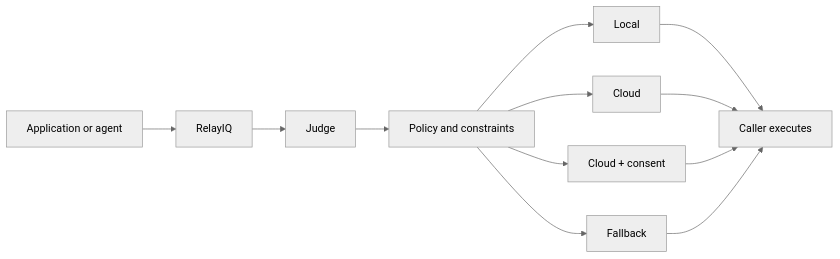
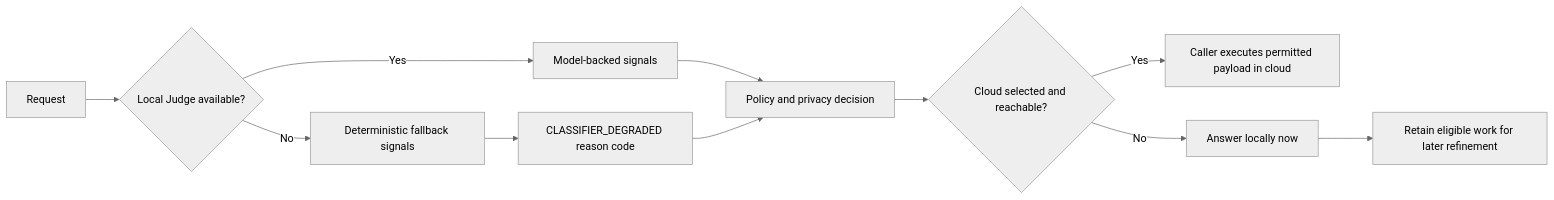
Before and after one commit to archie-s/RelayIQ: the third of 3 diagrams in README.md, drawn with Mermaid (neutral theme). The commit also changed other lines of this file and 6 other files, not shown here.

````diff
--- a/README.md
+++ b/README.md
@@ -39,14 +532,13 @@
 ```mermaid
 flowchart LR
-  A[Application or agent] --> R[RelayIQ]
-  R --> J[Judge]
-  J --> P[Policy and constraints]
-  P --> L[Local]
-  P --> C[Cloud]
-  P --> H[Cloud + consent]
-  P --> F[Fallback]
-  L --> X[Caller executes]
-  C --> X
-  H --> X
-  F --> X
+  R[Request] --> J{Local Judge available?}
+  J -->|Yes| M[Model-backed signals]
+  J -->|No| F[Deterministic fallback signals]
+  F --> X[CLASSIFIER_DEGRADED reason code]
+  M --> P[Policy and privacy decision]
+  X --> P
+  P --> C{Cloud selected and reachable?}
+  C -->|Yes| E[Caller executes permitted payload in cloud]
+  C -->|No| L[Answer locally now]
+  L --> Q[Retain eligible work for later refinement]
 ```
````
